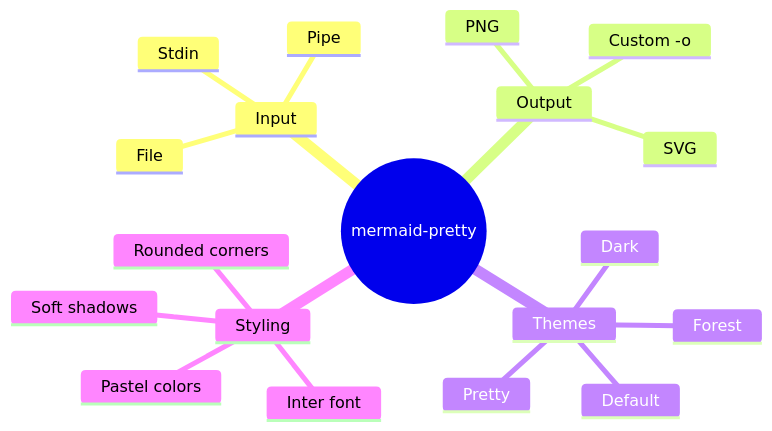
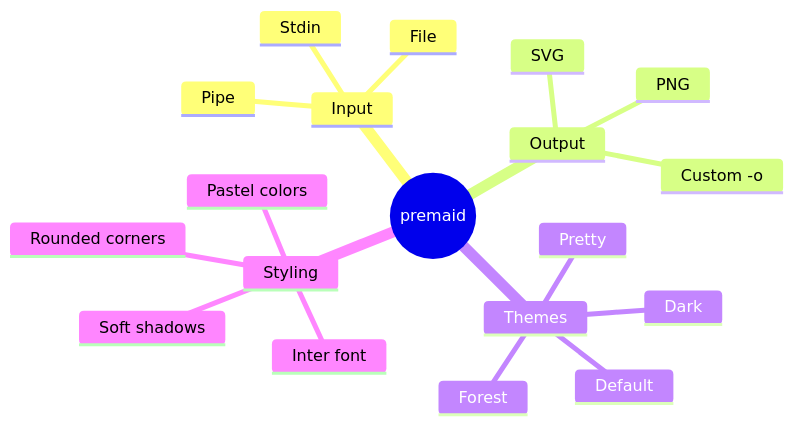
One commit to O6lvl4/premaid changed the diagram in examples/mindmap.mmd. Above: the diagram before and after it, drawn with Mermaid. The commit also changed 8 other files, not shown here.

Commit message:
Rename package and CLI from mermaid-pretty/mmp to premaid

```diff
--- a/examples/mindmap.mmd
+++ b/examples/mindmap.mmd
@@ -1,20 +1,20 @@
 mindmap
-  root((mermaid-pretty))
+  root((premaid))
     Input
       File
       Stdin
       Pipe
     Output
       SVG
       PNG
       Custom -o
     Themes
       Pretty
       Dark
       Default
       Forest
     Styling
       Soft shadows
       Rounded corners
       Inter font
       Pastel colors
```
